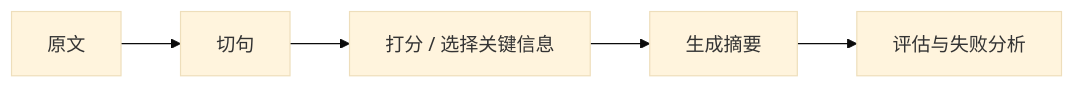
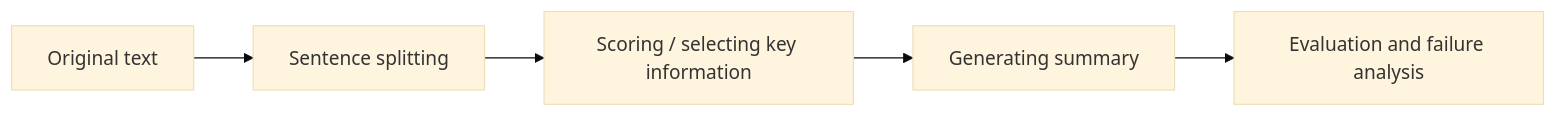
The diagram in docs/ch11-nlp/ch07-projects/02-text-summarization.md (oudbiao/AI-fullstack-course), drawn with Mermaid (base theme) before and after one commit. The commit also changed other lines of this file and 1406 other files, not shown here.

````diff
--- a/docs/ch11-nlp/ch07-projects/02-text-summarization.md
+++ b/docs/ch11-nlp/ch07-projects/02-text-summarization.md
@@ -39,7 +39,7 @@
 ```mermaid
 flowchart LR
-    A["原文"] --> B["切句"]
-    B --> C["打分 / 选择关键信息"]
-    C --> D["生成摘要"]
-    D --> E["评估与失败分析"]
+    A["Original text"] --> B["Sentence splitting"]
+    B --> C["Scoring / selecting key information"]
+    C --> D["Generating summary"]
+    D --> E["Evaluation and failure analysis"]
 ```
````
